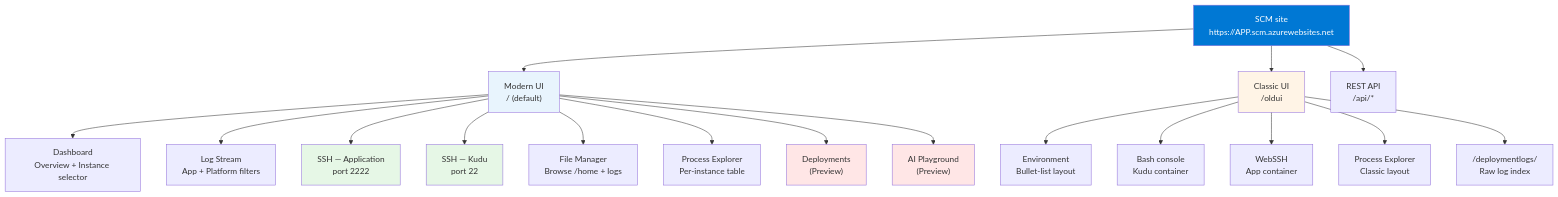
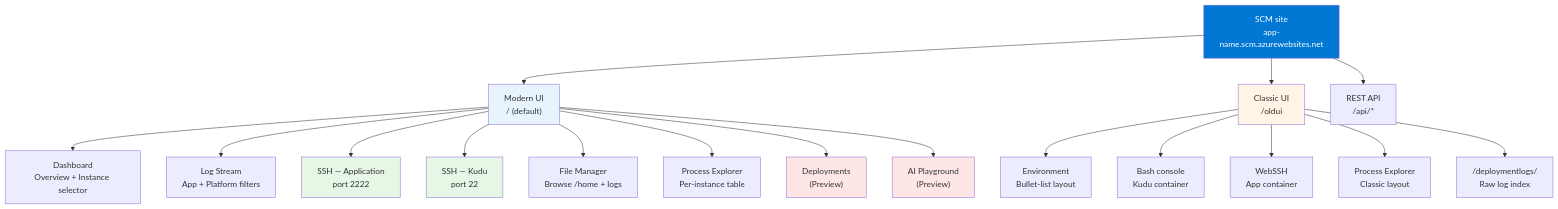
Before and after one commit to yeongseon/azure-app-service-practical-guide: the diagram in docs/platform/kudu-linux.md, drawn with Mermaid. The commit also changed 1 other file, not shown here.

Commit message:
fix(docs): mask App Service hostnames in Kudu Mermaid diagrams
Replace 'https://APP.scm.azurewebsites.net' with bare
'app-name.scm.azurewebsites.net' in the linux-kudu-surface-map and
windows-kudu-surface-map diagrams so the doc-quality validator no
longer flags them as live-looking hostnames. Matches the passing
placeholder style already used in kudu-overview.md's
kudu-architecture-relationship diagram, which keeps hostname
placeholders consistent across all three Kudu docs.

````diff
--- a/docs/platform/kudu-linux.md
+++ b/docs/platform/kudu-linux.md
@@ -64,27 +64,27 @@
 ```mermaid
 flowchart TD
-    SCM["SCM site<br/>https://APP.scm.azurewebsites.net"] --> MOD["Modern UI<br/>/ (default)"]
+    SCM["SCM site<br/>app-name.scm.azurewebsites.net"] --> MOD["Modern UI<br/>/ (default)"]
     SCM --> CLA["Classic UI<br/>/oldui"]
     SCM --> API["REST API<br/>/api/*"]
     MOD --> DASH["Dashboard<br/>Overview + Instance selector"]
     MOD --> LOGS["Log Stream<br/>App + Platform filters"]
     MOD --> SSH_APP["SSH — Application<br/>port 2222"]
     MOD --> SSH_KUDU["SSH — Kudu<br/>port 22"]
     MOD --> FM["File Manager<br/>Browse /home + logs"]
     MOD --> PE_M["Process Explorer<br/>Per-instance table"]
     MOD --> DEP["Deployments<br/>(Preview)"]
     MOD --> AIP["AI Playground<br/>(Preview)"]
     CLA --> ENV_C["Environment<br/>Bullet-list layout"]
     CLA --> BASH["Bash console<br/>Kudu container"]
     CLA --> WSH["WebSSH<br/>App container"]
     CLA --> PE_C["Process Explorer<br/>Classic layout"]
     CLA --> DEPL["/deploymentlogs/<br/>Raw log index"]
 
     style SCM fill:#0078d4,color:#fff
     style MOD fill:#e8f4fd
     style CLA fill:#fff4e6
     style SSH_APP fill:#e6f7e6
     style SSH_KUDU fill:#e6f7e6
     style AIP fill:#ffe6e6
     style DEP fill:#ffe6e6
 ```
````
